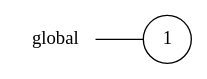
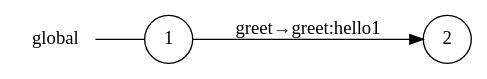
Before and after one commit to gabrielegenovese/chorer: the diagram in examples/hello/greet_global_view.dot, drawn with Graphviz. The commit also changed 4 other files, not shown here.

```diff
--- a/examples/hello/greet_global_view.dot
+++ b/examples/hello/greet_global_view.dot
@@ -1,7 +1,9 @@
 digraph global {
 	rankdir="LR";
 	n_0 [label="global", shape="plaintext"];
 	n_1 [id="1", shape=circle, label="1"];
 	n_0 -> n_1 [arrowhead=none];
+	n_2 [id="2", shape=circle, label="2"];
 
+	n_1 -> n_2 [id="[$e|0]", label="greet→greet:hello1"];
 }
```
